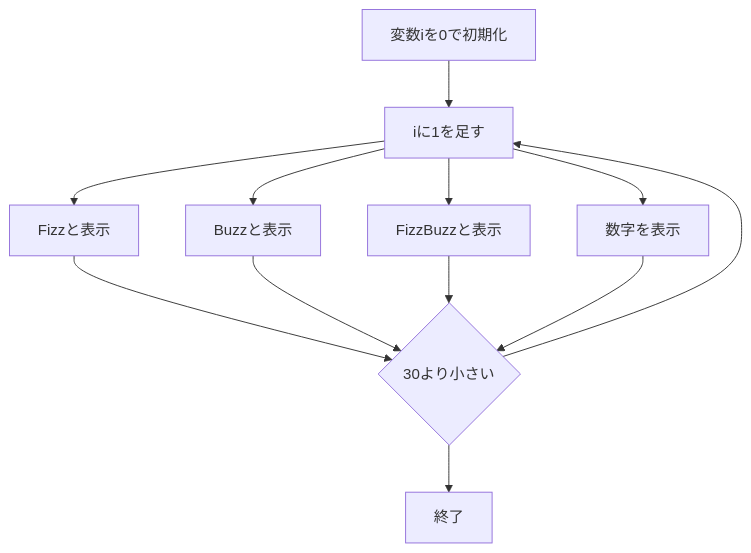
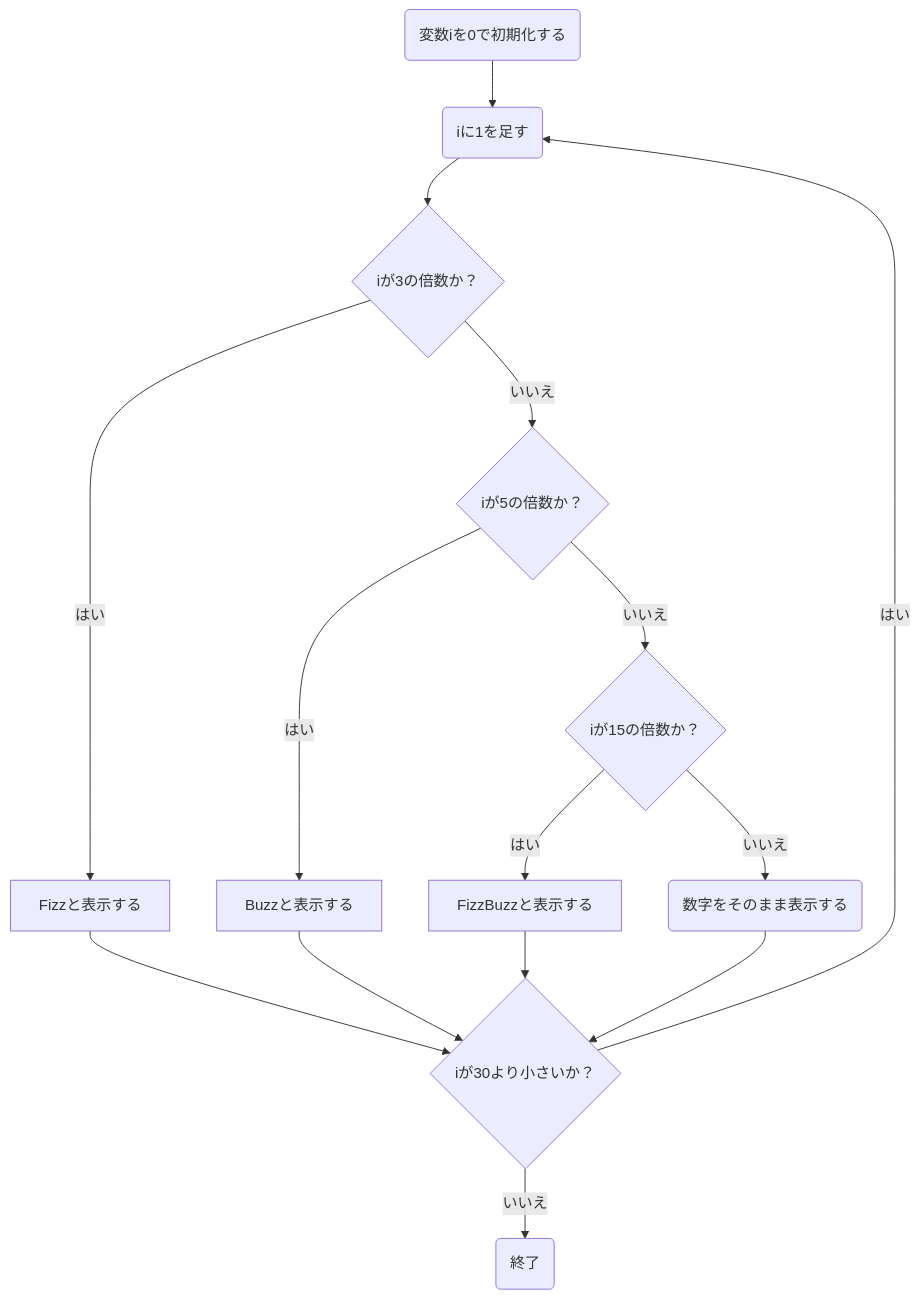
Before and after one commit to ml-yuta-yokoi/test: the diagram in test3.md, drawn with Mermaid.

````diff
--- a/test3.md
+++ b/test3.md
@@ -1,14 +1,17 @@
 ```mermaid
 graph TD
-  A[変数iを0で初期化] --> B[iに1を足す]
-  B --> C{3の倍数}
-  B --> D{5の倍数}
-  B --> E{15の倍数}
-  B --> F[それ以外]
-  C["Fizzと表示"] --> G[判定]
-  D["Buzzと表示"] --> G
-  E["FizzBuzzと表示"] --> G
-  F["数字を表示"] --> G
-  G{30より小さい} --> B
-  G --> H[終了]
+    A(変数iを0で初期化する) --> B(iに1を足す)
+    B --> C{iが3の倍数か？}
+    C -->|はい| D[Fizzと表示する]
+    C -->|いいえ| E{iが5の倍数か？}
+    E -->|はい| F[Buzzと表示する]
+    E -->|いいえ| G{iが15の倍数か？}
+    G -->|はい| H[FizzBuzzと表示する]
+    G -->|いいえ| I(数字をそのまま表示する)
+    D --> J{iが30より小さいか？}
+    F --> J
+    H --> J
+    I --> J
+    J -->|はい| B
+    J -->|いいえ| K(終了)
 ```
````
